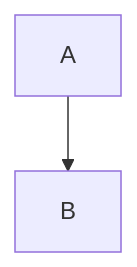
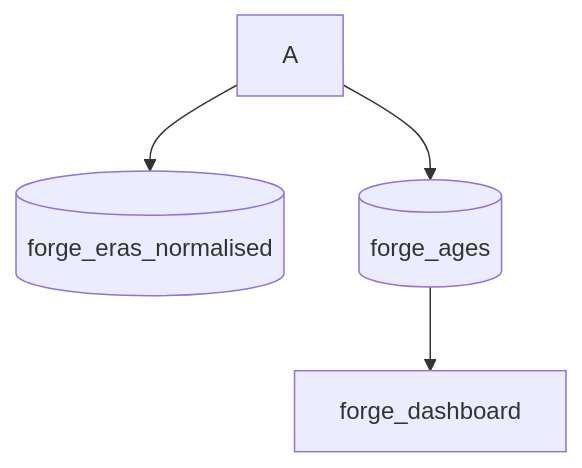
Before and after one commit to HarryJHilton/forge-database: the diagram in docs/Battle-Resolution-Test.md, drawn with Mermaid.

Commit message:
Update flowchart in Battle-Resolution-Test.md

````diff
--- a/docs/Battle-Resolution-Test.md
+++ b/docs/Battle-Resolution-Test.md
@@ -3,4 +3,9 @@
 ```mermaid
 flowchart TD
-A --> B
+A --> BA[(forge_eras_normalised)]
+
+A --> B[(forge_ages)]
+
+B --> C[forge_dashboard]
+
 ```
````
